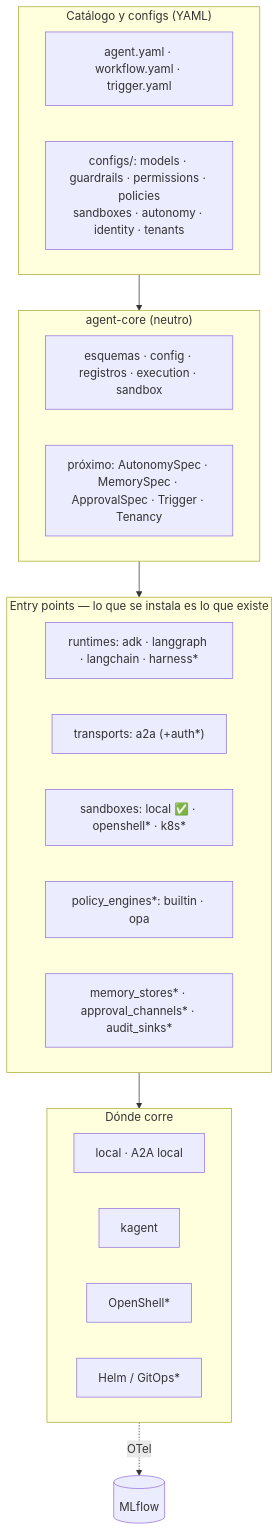
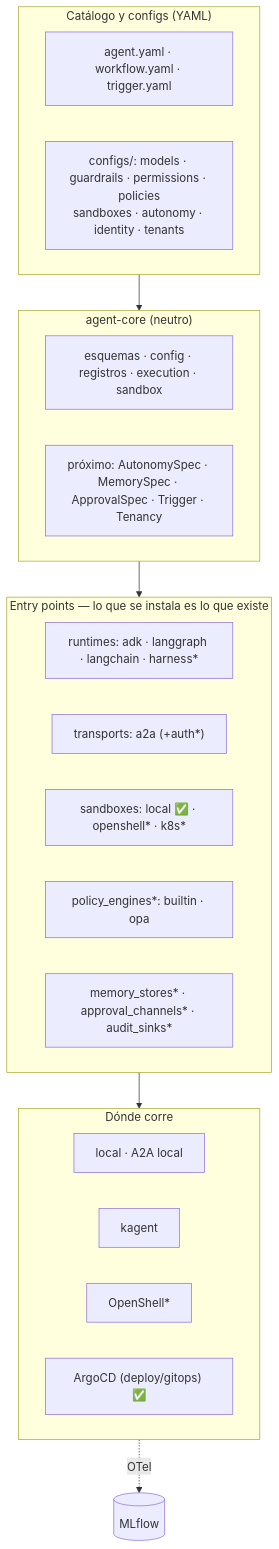
The diagram in docs/strategy.md (teo-devops/agent-platform), drawn with Mermaid before and after one commit. The commit also changed other lines of this file and 27 other files, not shown here.

First line of the commit message:
GitOps en deploy/gitops: agent-platform absorbe genai-platform (#5)

````diff
--- a/docs/strategy.md
+++ b/docs/strategy.md
@@ -45,30 +45,30 @@
 ```mermaid
 flowchart TB
     subgraph CAT["Catálogo y configs (YAML)"]
         A["agent.yaml · workflow.yaml · trigger.yaml"]
         C["configs/: models · guardrails · permissions · policies<br/>sandboxes · autonomy · identity · tenants"]
     end
 
     subgraph CORE["agent-core (neutro)"]
         S["esquemas · config · registros · execution · sandbox"]
         N["próximo: AutonomySpec · MemorySpec · ApprovalSpec · Trigger · Tenancy"]
     end
 
     subgraph EP["Entry points — lo que se instala es lo que existe"]
         R["runtimes: adk · langgraph · langchain · harness*"]
         T["transports: a2a (+auth*)"]
         SB["sandboxes: local ✅ · openshell* · k8s*"]
         PE["policy_engines*: builtin · opa"]
         MS["memory_stores* · approval_channels* · audit_sinks*"]
     end
 
     subgraph RUN["Dónde corre"]
         L["local · A2A local"]
         K["kagent"]
         O["OpenShell*"]
-        H["Helm / GitOps*"]
+        H["ArgoCD (deploy/gitops) ✅"]
     end
 
     CAT --> CORE --> EP --> RUN
     RUN -. OTel .-> ML[("MLflow")]
 ```
````
